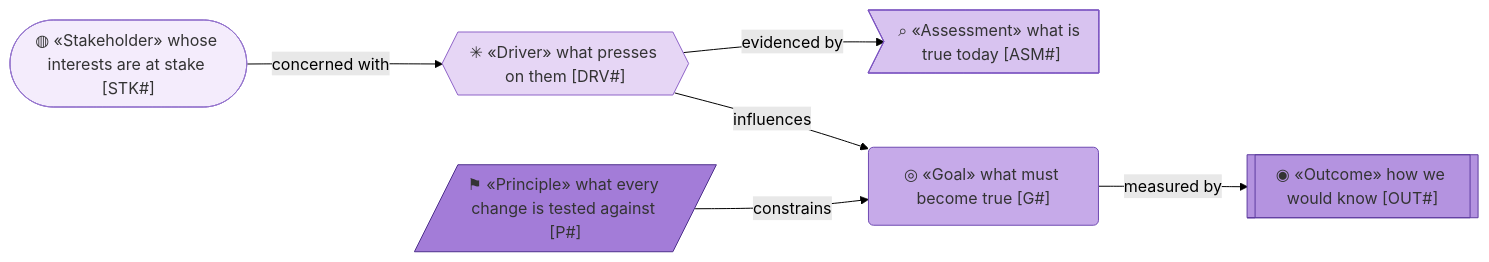
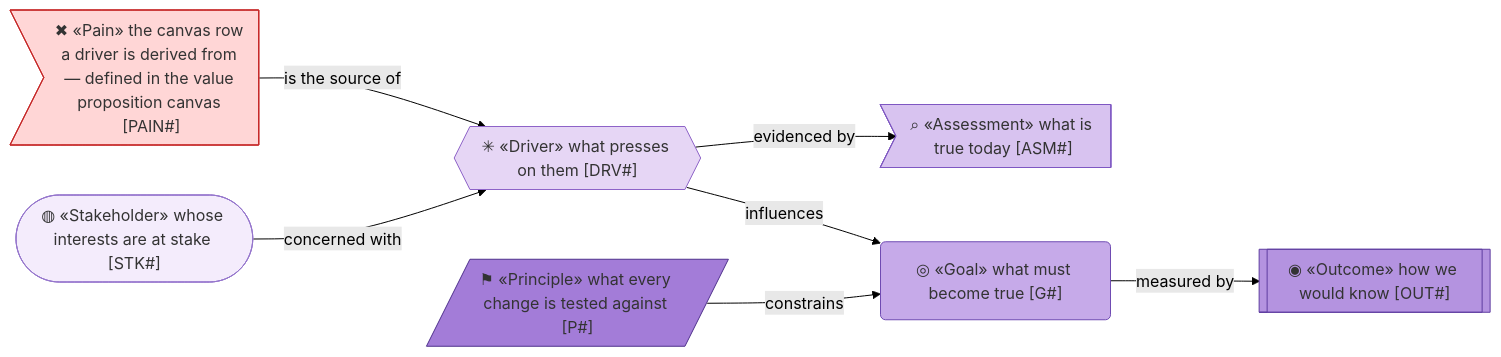
The first of 4 diagrams in org-archreator/architecture/1_strategy/1_motivation.md (roanboc/architecture-archreator), drawn with Mermaid (forest theme) before and after one commit. The commit also changed other lines of this file and 17 other files, not shown here.

````diff
--- a/org-archreator/architecture/1_strategy/1_motivation.md
+++ b/org-archreator/architecture/1_strategy/1_motivation.md
@@ -14,22 +14,25 @@
 ```mermaid
 flowchart LR
   stk(["◍ «Stakeholder» whose interests are at stake [STK#]"]):::stakeholder
   drv{{"✳ «Driver» what presses on them [DRV#]"}}:::driver
   asm>"⌕ «Assessment» what is true today [ASM#]"]:::assessment
   goal("◎ «Goal» what must become true [G#]"):::goal
   out[["◉ «Outcome» how we would know [OUT#]"]]:::outcome
   prin[/"⚑ «Principle» what every change is tested against [P#]"/]:::principle
+  pain>"✖ «Pain» the canvas row a driver is derived from — defined in the value proposition canvas [PAIN#]"]:::canvas
 
+  pain -->|is the source of| drv
   stk -->|concerned with| drv
   drv -->|evidenced by| asm
   drv -->|influences| goal
   goal -->|measured by| out
   prin -->|constrains| goal
 
+  classDef canvas fill:#ffd6d6,stroke:#c62828,color:#333
   classDef stakeholder fill:#f4ecfc,stroke:#9575cd,color:#333
   classDef driver fill:#e6d6f5,stroke:#8e63c8,color:#333
   classDef assessment fill:#d8c3f0,stroke:#7e57c2,color:#333
   classDef goal fill:#c6aae9,stroke:#6f4bb2,color:#333
   classDef outcome fill:#b493e0,stroke:#5f3da0,color:#333
   classDef principle fill:#a37cd8,stroke:#4f318c,color:#333
 ```
````
